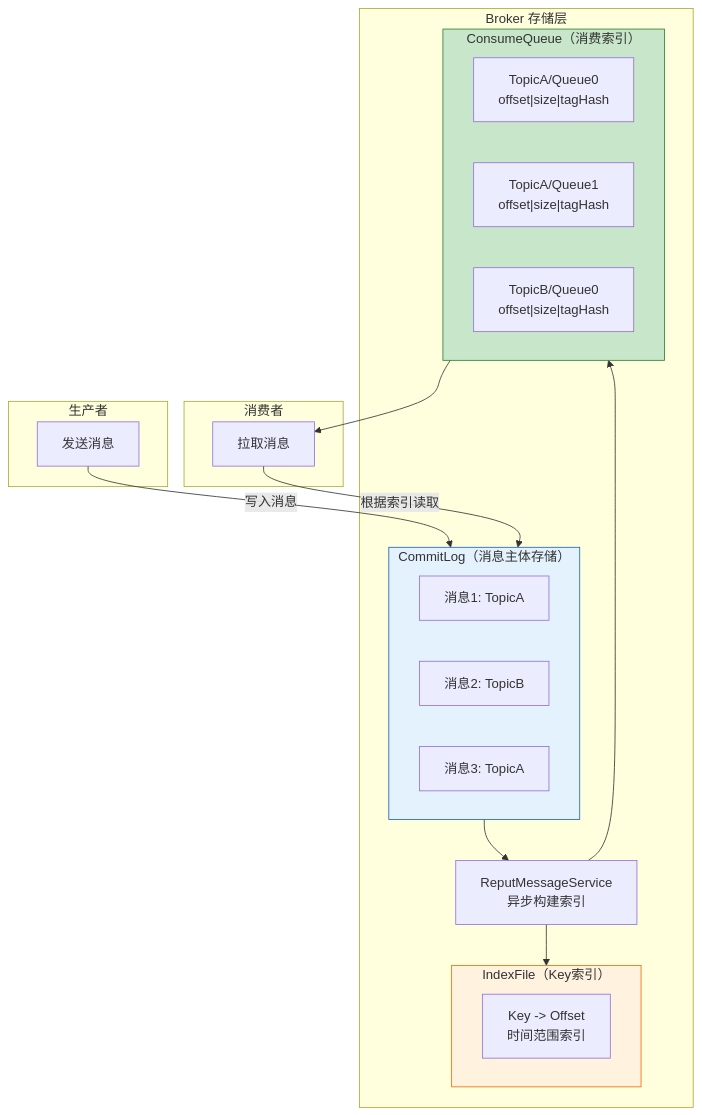
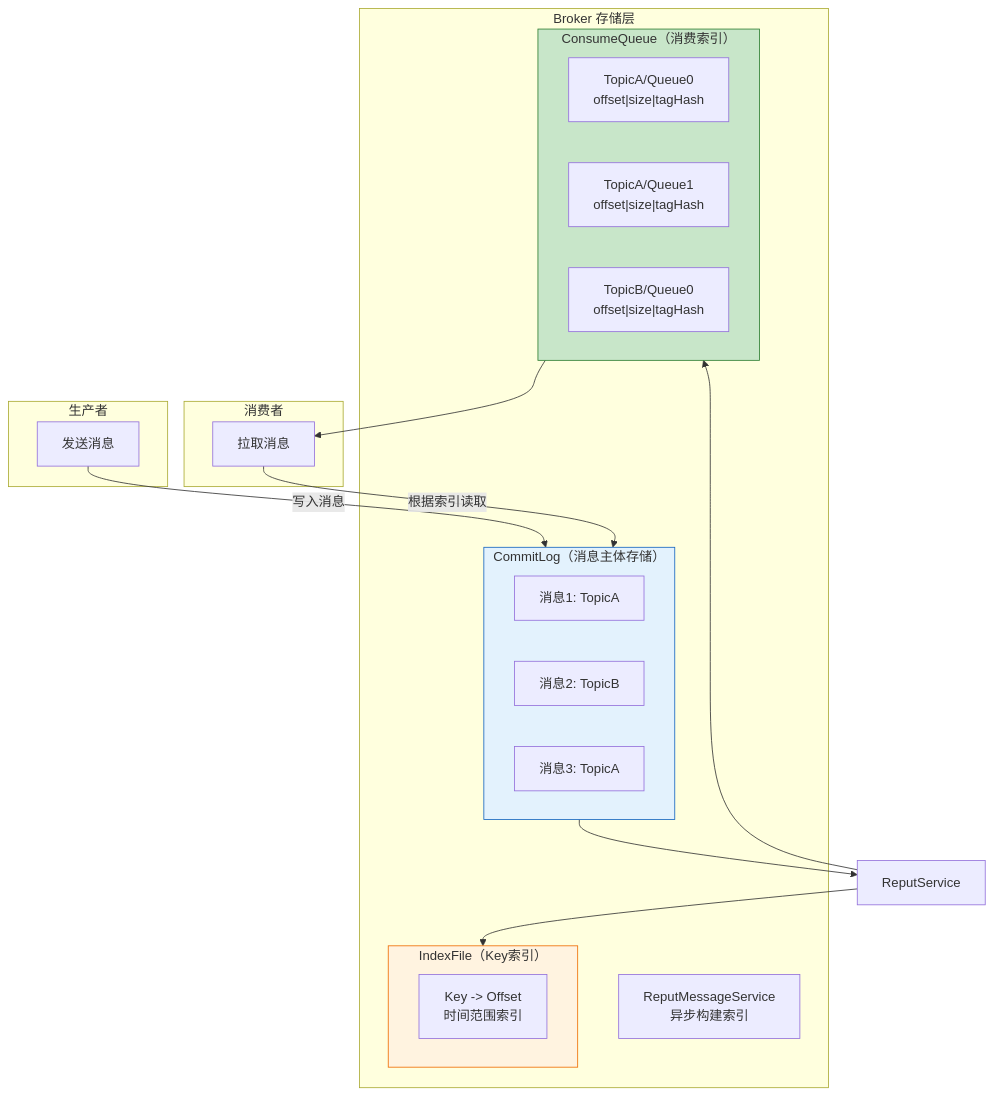
The third of 18 diagrams in document/消息中间件/RocketMQ 消息中间件详解.md (watslab/interview_doc), drawn with Mermaid before and after one commit. The commit also changed other lines of this file and 2 other files, not shown here.

````diff
--- a/document/消息中间件/RocketMQ 消息中间件详解.md
+++ b/document/消息中间件/RocketMQ 消息中间件详解.md
@@ -138,41 +137,41 @@
 ```mermaid
 flowchart TB
     subgraph Producer["生产者"]
         P["发送消息"]
     end
     
     subgraph Broker["Broker 存储层"]
         subgraph CommitLog["CommitLog（消息主体存储）"]
             M1["消息1: TopicA"]
             M2["消息2: TopicB"]
             M3["消息3: TopicA"]
         end
         
         subgraph ConsumeQueue["ConsumeQueue（消费索引）"]
             CQ_A0["TopicA/Queue0<br/>offset|size|tagHash"]
             CQ_A1["TopicA/Queue1<br/>offset|size|tagHash"]
             CQ_B0["TopicB/Queue0<br/>offset|size|tagHash"]
         end
         
         subgraph IndexFile["IndexFile（Key索引）"]
             IDX["Key -> Offset<br/>时间范围索引"]
         end
         
-        ReputService["ReputMessageService<br/>异步构建索引"]
+        ReputMessageService["ReputMessageService<br/>异步构建索引"]
     end
     
     subgraph Consumer["消费者"]
         C["拉取消息"]
     end
     
     P -->|"写入消息"| CommitLog
     CommitLog --> ReputService
     ReputService --> ConsumeQueue
     ReputService --> IndexFile
     ConsumeQueue --> C
     C -->|"根据索引读取"| CommitLog
     
     style CommitLog fill:#e3f2fd,stroke:#1565c0
     style ConsumeQueue fill:#c8e6c9,stroke:#2e7d32
     style IndexFile fill:#fff3e0,stroke:#ef6c00
 ```
````
